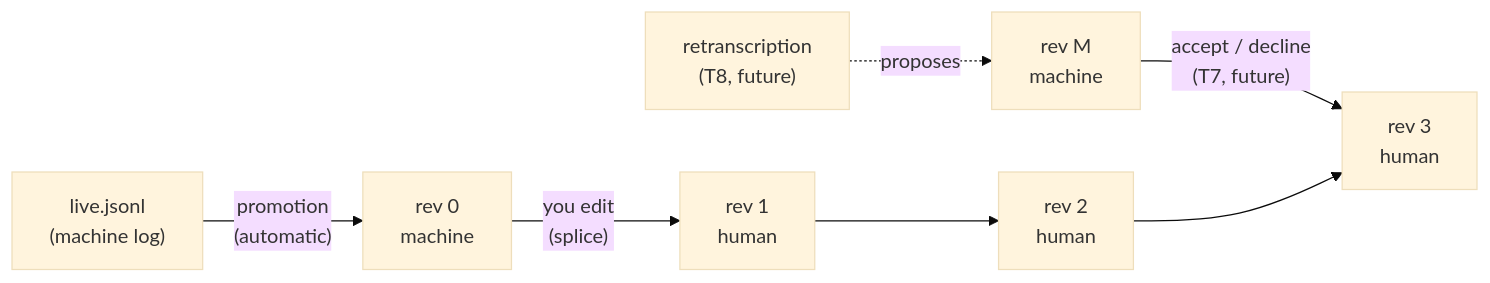
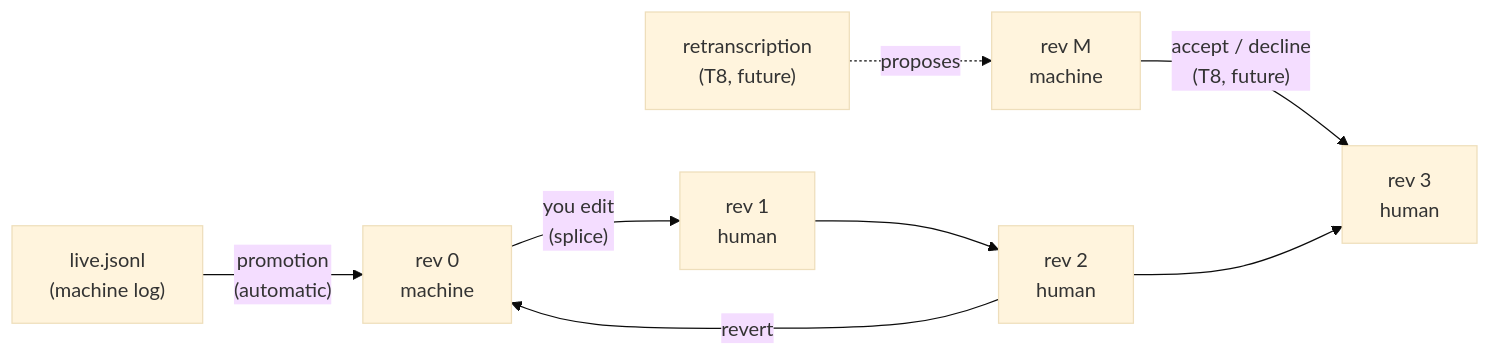
The second of 3 diagrams in docs/overview.md (nicolovejoy/raconte), drawn with Mermaid (base theme) before and after one commit. The commit also changed other lines of this file and 2 other files, not shown here.

````diff
--- a/docs/overview.md
+++ b/docs/overview.md
@@ -146,9 +145,10 @@
 ```mermaid
 flowchart LR
     live["live.jsonl\n(machine log)"] -- "promotion\n(automatic)" --> r0["rev 0\nmachine"]
     r0 -- "you edit\n(splice)" --> r1["rev 1\nhuman"]
     r1 --> r2["rev 2\nhuman"]
+    r2 -- "revert" --> r0
     retr["retranscription\n(T8, future)"] -. proposes .-> m2["rev M\nmachine"]
-    m2 -- "accept / decline\n(T7, future)" --> r3["rev 3\nhuman"]
+    m2 -- "accept / decline\n(T8, future)" --> r3["rev 3\nhuman"]
     r2 --> r3
 ```
````
